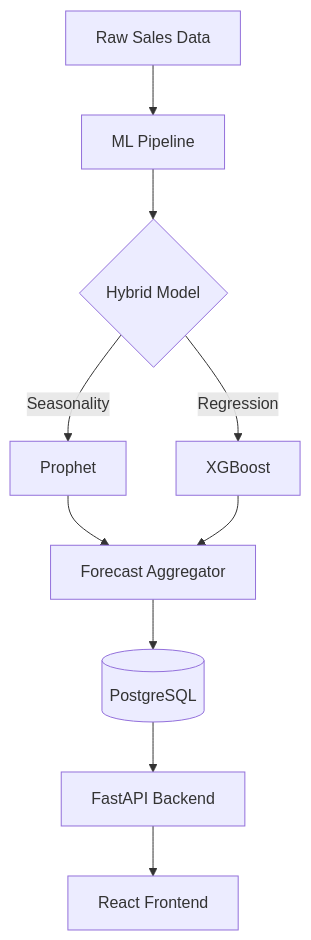
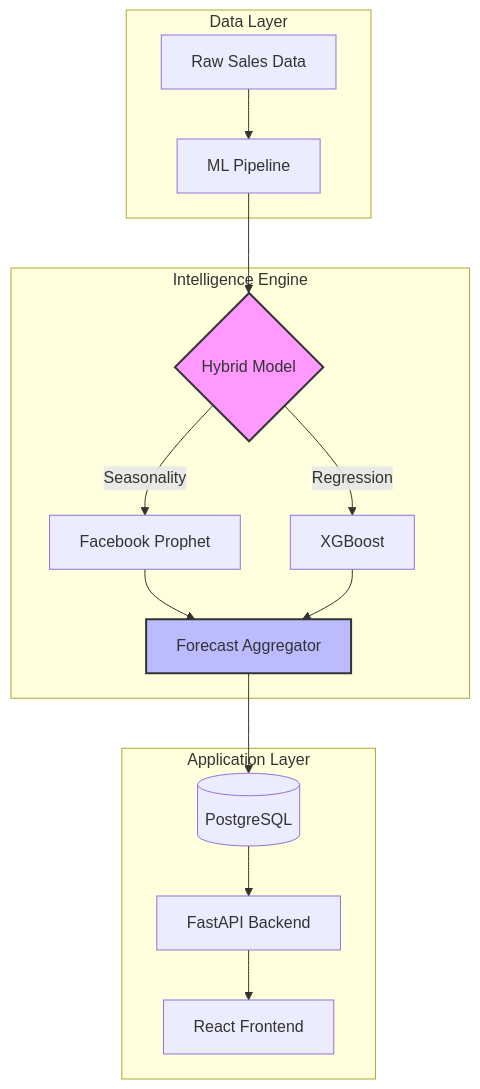
The diagram in README.md (Nitinjohri/SmartStock-AI-Warehouse-Demand-Forecasting), drawn with Mermaid before and after one commit. The commit also changed other lines of this file, not shown here.

````diff
--- a/README.md
+++ b/README.md
@@ -38,11 +48,22 @@
 ```mermaid
 graph TD
-    A[Raw Sales Data] --> B[ML Pipeline]
-    B --> C{Hybrid Model}
-    C -->|Seasonality| D[Prophet]
-    C -->|Regression| E[XGBoost]
-    D & E --> F[Forecast Aggregator]
-    F --> G[(PostgreSQL)]
-    G --> H[FastAPI Backend]
-    H --> I[React Frontend]
+    subgraph "Data Layer"
+        A[Raw Sales Data] --> B[ML Pipeline]
+    end
+
+    subgraph "Intelligence Engine"
+        B --> C{Hybrid Model}
+        C -->|Seasonality| D[Facebook Prophet]
+        C -->|Regression| E[XGBoost]
+        D & E --> F[Forecast Aggregator]
+    end
+
+    subgraph "Application Layer"
+        F --> G[(PostgreSQL)]
+        G --> H[FastAPI Backend]
+        H --> I[React Frontend]
+    end
+
+    style C fill:#f9f,stroke:#333,stroke-width:2px
+    style F fill:#bbf,stroke:#333,stroke-width:2px
 ```
````
